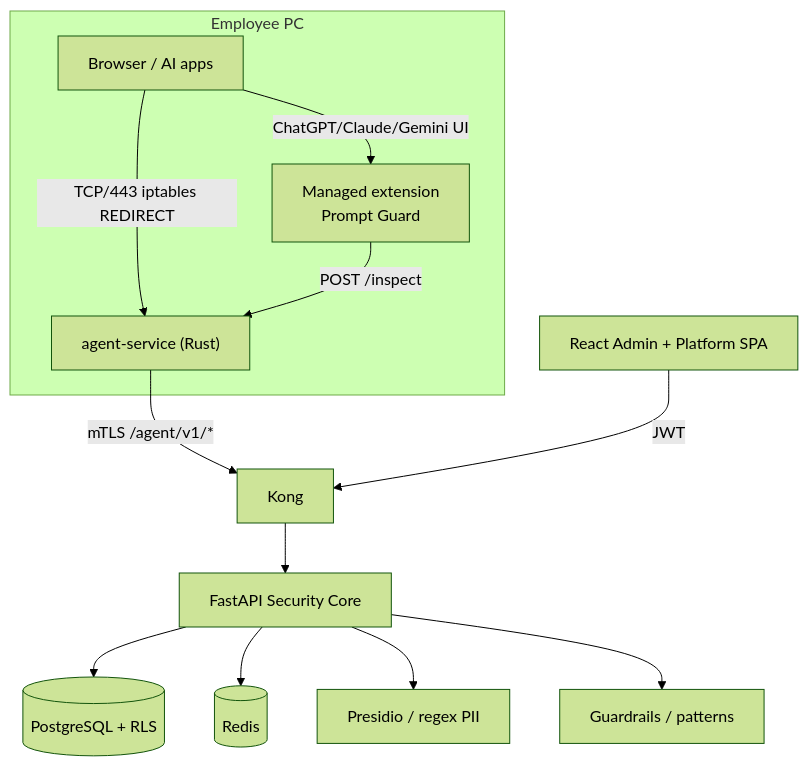
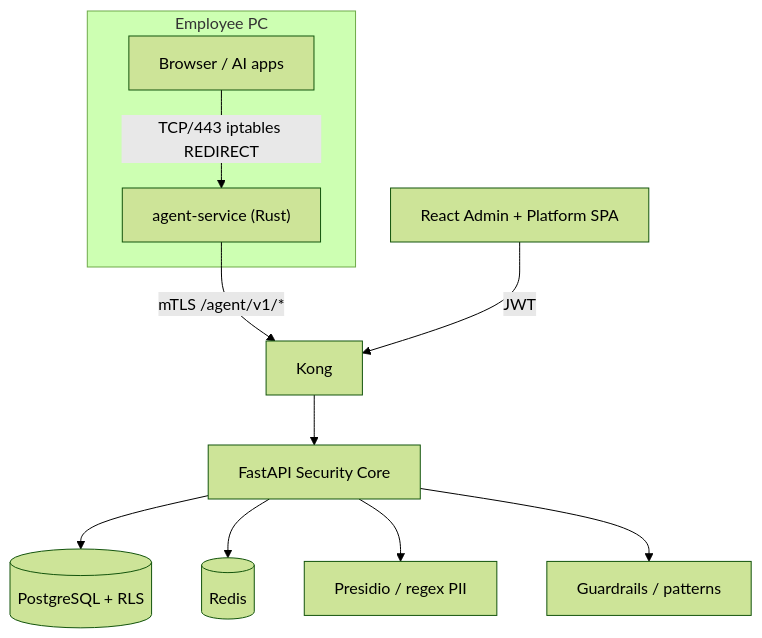
One commit to asadsandyapp/ai-spm changed the first of 2 diagrams in AGENTS.md. Above: the diagram before and after it, drawn with Mermaid (forest theme). The commit also changed other lines of this file and 60 other files, not shown here.

````diff
--- a/AGENTS.md
+++ b/AGENTS.md
@@ -62,19 +61,16 @@
 ```mermaid
 flowchart TB
   subgraph Endpoint["Employee PC"]
     Browser["Browser / AI apps"]
     Agent["agent-service (Rust)"]
-    Ext["Managed extension<br/>Prompt Guard"]
     Browser -->|TCP/443 iptables REDIRECT| Agent
-    Browser -->|ChatGPT/Claude/Gemini UI| Ext
-    Ext -->|POST /inspect| Agent
   end
 
   Agent -->|mTLS /agent/v1/*| Kong["Kong"]
   Kong --> API["FastAPI Security Core"]
   API --> PG[(PostgreSQL + RLS)]
   API --> Redis[(Redis)]
   API --> Presidio["Presidio / regex PII"]
   API --> Guard["Guardrails / patterns"]
   Admin["React Admin + Platform SPA"] -->|JWT| Kong
 ```
````
